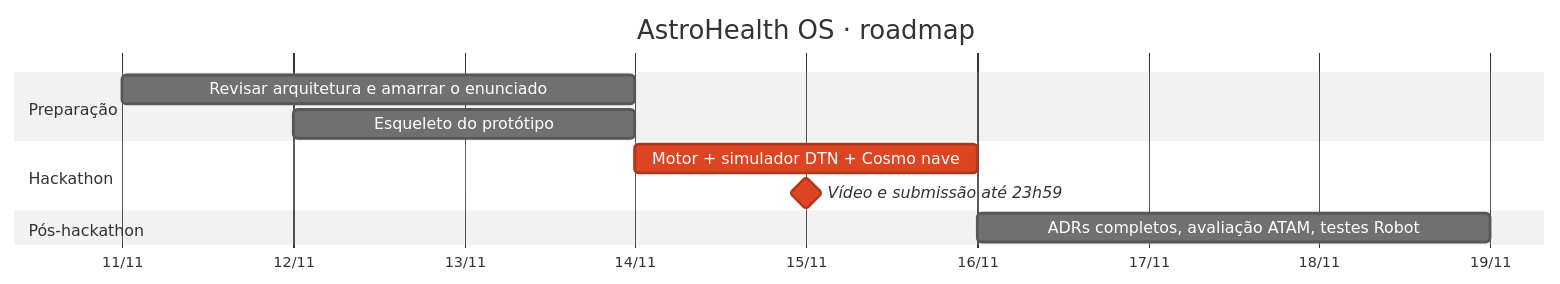
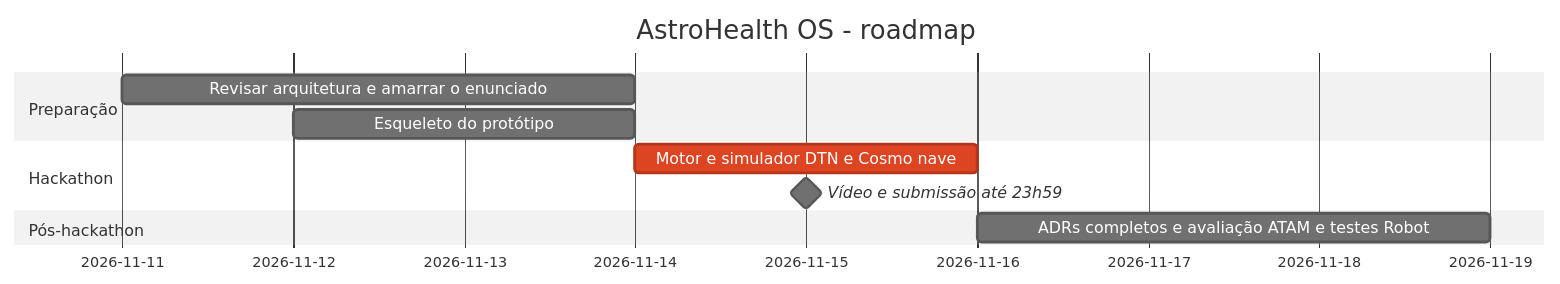
One commit to KamyllaJawad/nexus-saturn changed the diagram in 4-arquitetura/diagramas/roadmap.mmd. Above: the diagram before and after it, drawn with Mermaid (neutral theme). The commit also changed 8 other files, not shown here.

Commit message:
Remove outdated documentation files and update roadmap diagrams in AstroHealth OS project.

```diff
--- a/4-arquitetura/diagramas/roadmap.mmd
+++ b/4-arquitetura/diagramas/roadmap.mmd
@@ -1,12 +1,12 @@
 gantt
-  title AstroHealth OS · roadmap
+  title AstroHealth OS - roadmap
   dateFormat YYYY-MM-DD
-  axisFormat %d/%m
+  includes 2026-11-14, 2026-11-15
   section Preparação
   Revisar arquitetura e amarrar o enunciado :a1, 2026-11-11, 3d
-  Esqueleto do protótipo                    :a2, 2026-11-12, 2d
+  Esqueleto do protótipo :a2, 2026-11-12, 2d
   section Hackathon
-  Motor + simulador DTN + Cosmo nave        :crit, b1, 2026-11-14, 2d
-  Vídeo e submissão até 23h59               :milestone, crit, b2, 2026-11-15, 0d
+  Motor e simulador DTN e Cosmo nave :crit, b1, 2026-11-14, 2d
+  Vídeo e submissão até 23h59 :milestone, b2, 2026-11-15, 0d
   section Pós-hackathon
-  ADRs completos, avaliação ATAM, testes Robot :c1, 2026-11-16, 3d
+  ADRs completos e avaliação ATAM e testes Robot :c1, 2026-11-16, 3d
```
